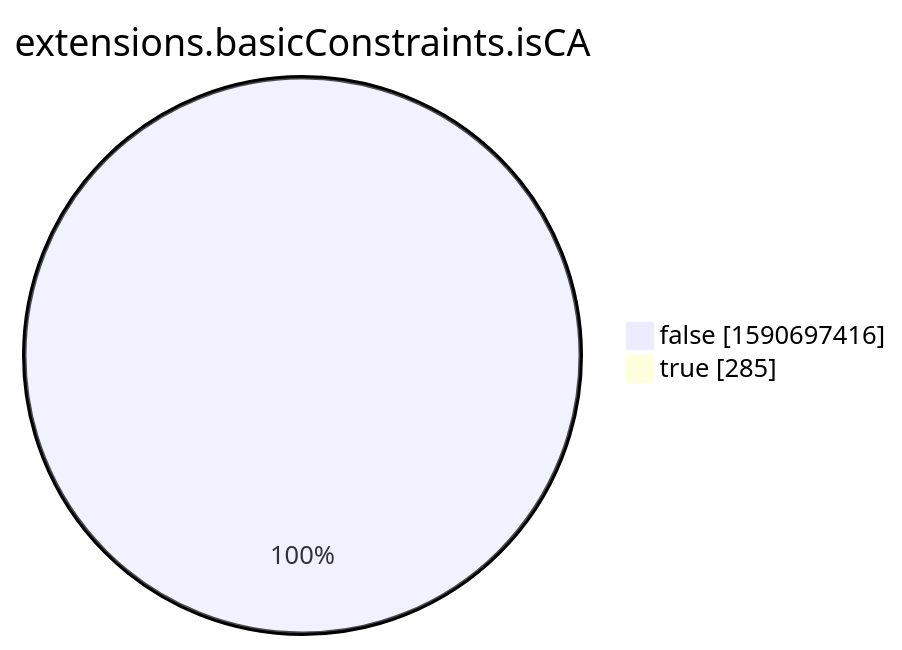
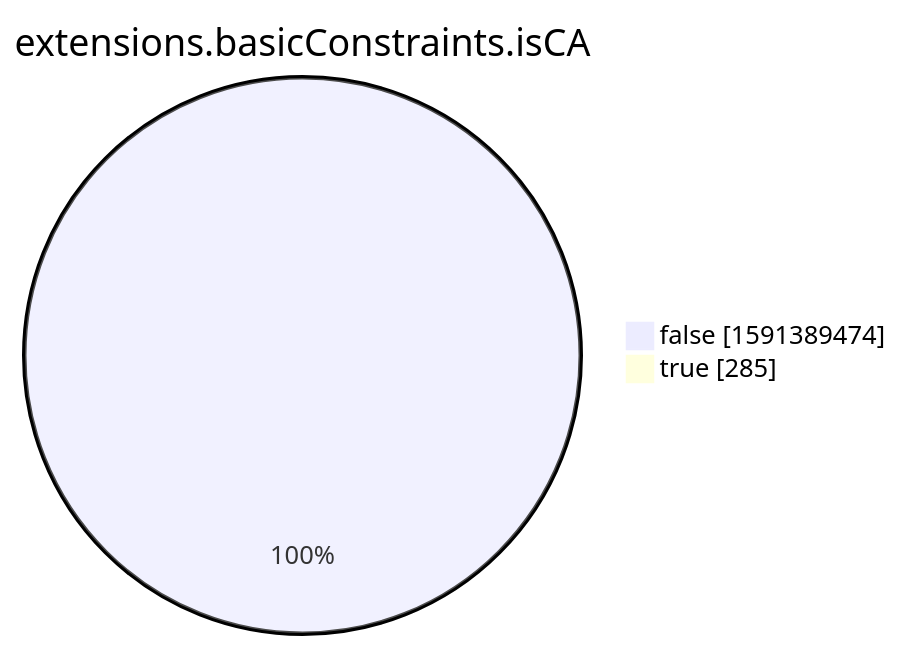
The eighth of 15 diagrams in xenon2022/README.md (christiankrug/ctmonitor_visualization), drawn with Mermaid before and after one commit. The commit also changed other lines of this file, not shown here.

````diff
--- a/xenon2022/README.md
+++ b/xenon2022/README.md
@@ -2862,6 +2862,6 @@
 ```mermaid
 pie showData
 title extensions.basicConstraints.isCA
-"false" :1590697416
+"false" :1591389474
 "true" :285
 ```
````
